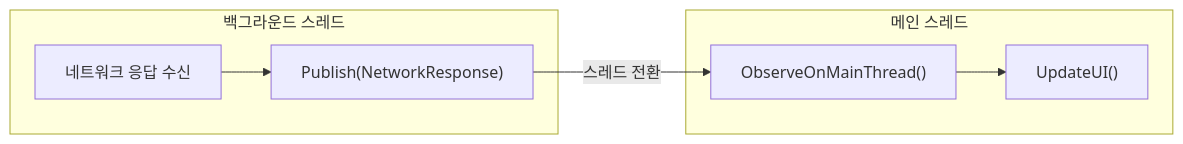
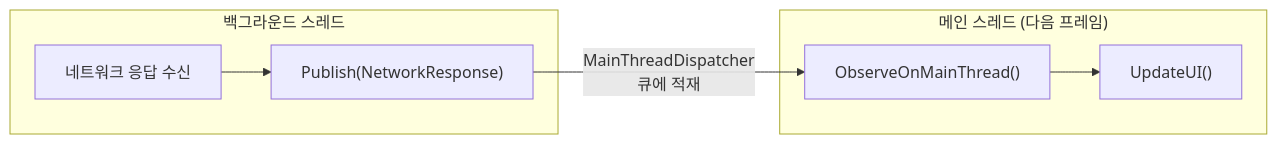
The fifth of 7 diagrams in _posts/Csharp/UniRx/2025-09-24-MessageBroker.md (Epheria/Epheria.github.io), drawn with Mermaid before and after one commit. The commit also changed other lines of this file and 2 other files, not shown here.

````diff
--- a/_posts/Csharp/UniRx/2025-09-24-MessageBroker.md
+++ b/_posts/Csharp/UniRx/2025-09-24-MessageBroker.md
@@ -392,16 +460,16 @@
 ```mermaid
 flowchart LR
     subgraph BG["백그라운드 스레드"]
         N1["네트워크 응답 수신"]
         N2["Publish(NetworkResponse)"]
     end
 
-    subgraph Main["메인 스레드"]
+    subgraph Main["메인 스레드 (다음 프레임)"]
         M1["ObserveOnMainThread()"]
         M2["UpdateUI()"]
     end
 
     N1 --> N2
-    N2 -->|"스레드 전환"| M1
+    N2 -->|"MainThreadDispatcher<br/>큐에 적재"| M1
     M1 --> M2
 ```
````
